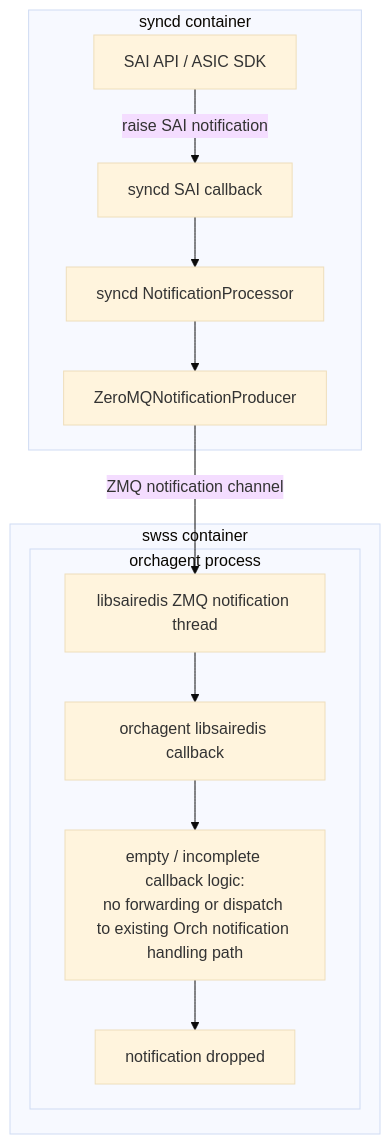
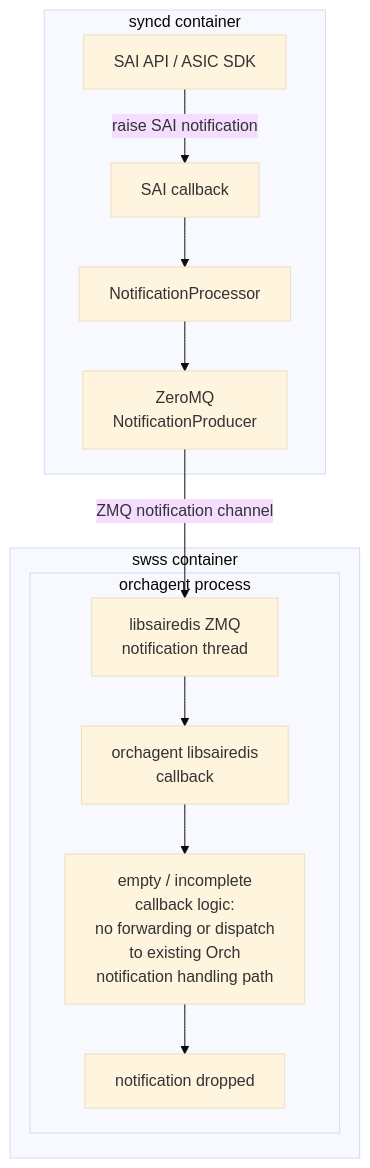
The third of 11 diagrams in hld/zmq-southbound-sai-notification-handling.md (sonic-net/sonic-buildimage), drawn with Mermaid (base theme) before and after one commit. The commit also changed other lines of this file, not shown here.

Commit message:
Improve HLD Mermaid diagram rendering

````diff
--- a/hld/zmq-southbound-sai-notification-handling.md
+++ b/hld/zmq-southbound-sai-notification-handling.md
@@ -162,26 +162,26 @@
 ```mermaid
 flowchart TD
     subgraph syncdContainer["syncd container"]
         saiApi["SAI API / ASIC SDK"]
-        syncdCallback["syncd SAI callback"]
-        notificationProcessor["syncd NotificationProcessor"]
-        zmqProducer["ZeroMQNotificationProducer"]
+        syncdCallback["SAI callback"]
+        notificationProcessor["NotificationProcessor"]
+        zmqProducer["ZeroMQ<br/>NotificationProducer"]
     end
 
     subgraph swssContainer["swss container"]
         subgraph orchagentProcess["orchagent process"]
-            zmqThread["libsairedis ZMQ notification thread"]
-            saiCallback["orchagent libsairedis callback"]
-            callbackLogic["empty / incomplete callback logic:<br/>no forwarding or dispatch to existing Orch notification handling path"]
+            zmqThread["libsairedis ZMQ<br/>notification thread"]
+            saiCallback["orchagent libsairedis<br/>callback"]
+            callbackLogic["empty / incomplete<br/>callback logic:<br/>no forwarding or dispatch<br/>to existing Orch<br/>notification handling path"]
             dropped["notification dropped"]
         end
     end
 
     saiApi -->|"raise SAI notification"| syncdCallback
     syncdCallback --> notificationProcessor
     notificationProcessor --> zmqProducer
     zmqProducer -->|"ZMQ notification channel"| zmqThread
     zmqThread --> saiCallback
     saiCallback --> callbackLogic
     callbackLogic --> dropped
 ```
````
